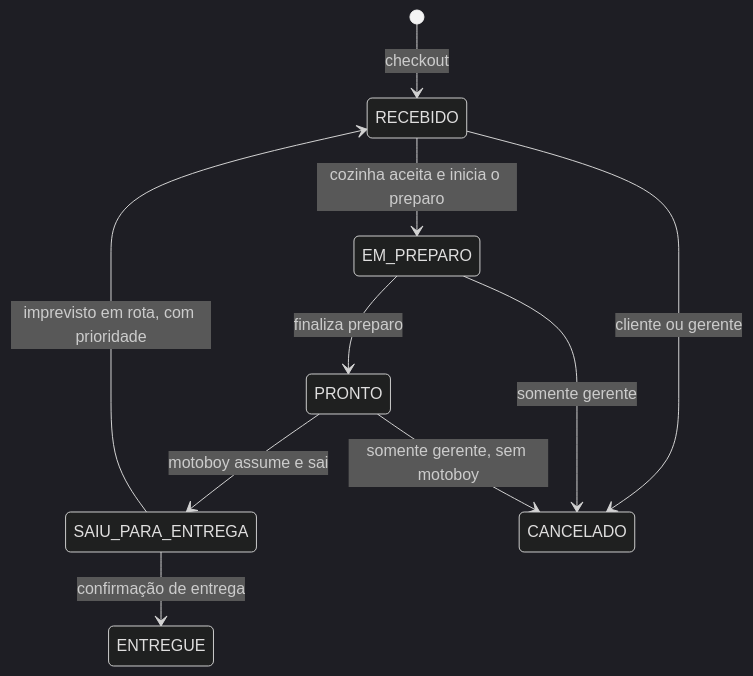
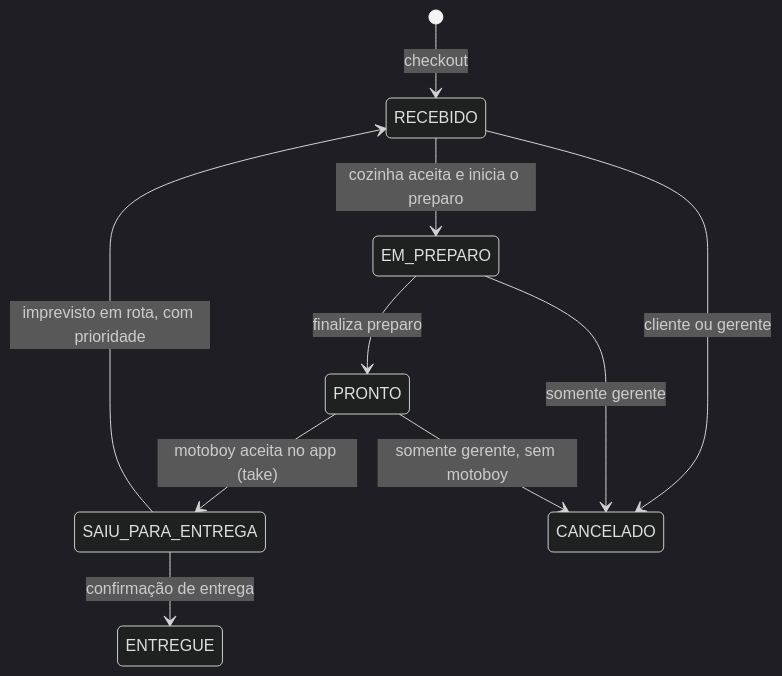
The second of 5 diagrams in foundation/pitch_delivery.md (umishell/VEGGO), drawn with Mermaid (dark theme) before and after one commit. The commit also changed other lines of this file and 51 other files, not shown here.

````diff
--- a/foundation/pitch_delivery.md
+++ b/foundation/pitch_delivery.md
@@ -134,12 +129,12 @@
 ```mermaid
 stateDiagram-v2
     [*] --> RECEBIDO: checkout
     RECEBIDO --> EM_PREPARO: cozinha aceita e inicia o preparo
     EM_PREPARO --> PRONTO: finaliza preparo
-    PRONTO --> SAIU_PARA_ENTREGA: motoboy assume e sai
+    PRONTO --> SAIU_PARA_ENTREGA: motoboy aceita no app (take)
     SAIU_PARA_ENTREGA --> ENTREGUE: confirmação de entrega
     RECEBIDO --> CANCELADO: cliente ou gerente
     EM_PREPARO --> CANCELADO: somente gerente
     PRONTO --> CANCELADO: somente gerente, sem motoboy
     SAIU_PARA_ENTREGA --> RECEBIDO: imprevisto em rota, com prioridade
 ```
````
